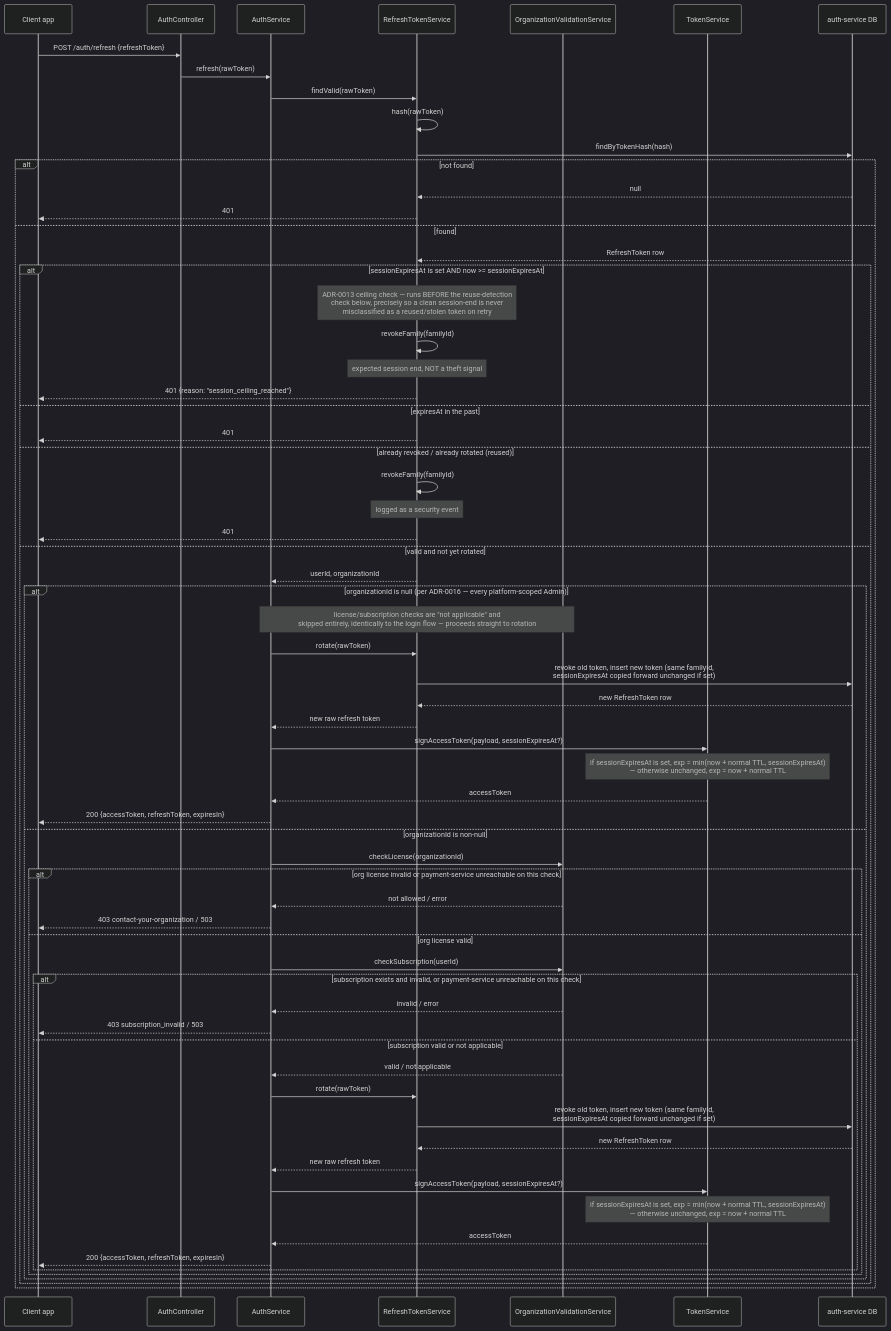
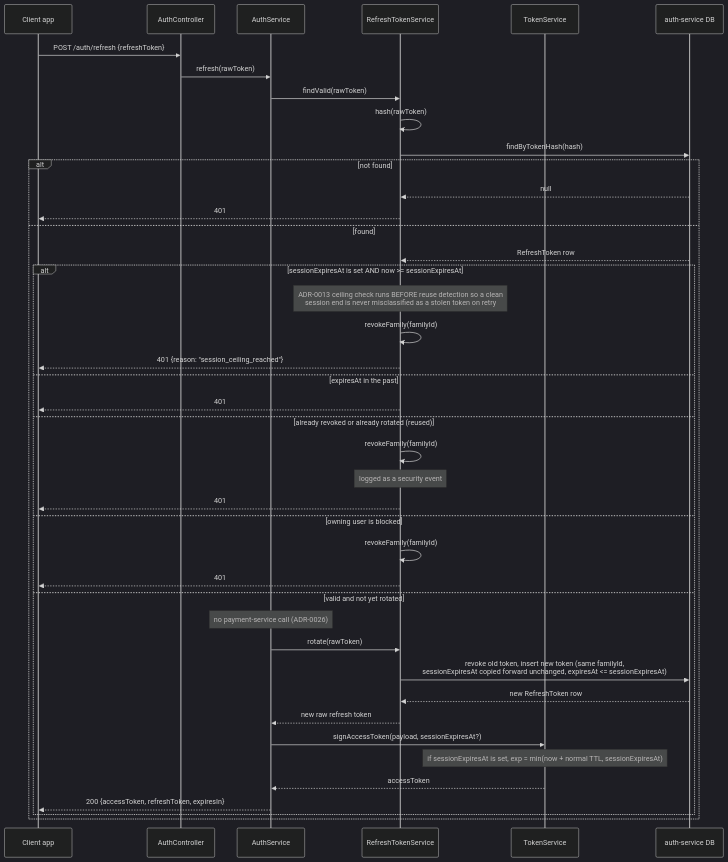
Before and after one commit to nawara-solutions/nawara-core: the ninth of 24 diagrams in docs/sdd/auth-service.md, drawn with Mermaid (dark theme). The commit also changed other lines of this file and 104 other files, not shown here.

````diff
--- a/docs/sdd/auth-service.md
+++ b/docs/sdd/auth-service.md
@@ -1206,69 +2472,45 @@
 ```mermaid
 sequenceDiagram
     participant App as Client app
     participant AC as AuthController
     participant AS as AuthService
     participant RTS as RefreshTokenService
-    participant OVS as OrganizationValidationService
     participant TS as TokenService
     participant DB as auth-service DB
 
     App->>AC: POST /auth/refresh {refreshToken}
     AC->>AS: refresh(rawToken)
     AS->>RTS: findValid(rawToken)
     RTS->>RTS: hash(rawToken)
     RTS->>DB: findByTokenHash(hash)
     alt not found
         DB-->>RTS: null
         RTS-->>App: 401
     else found
         DB-->>RTS: RefreshToken row
         alt sessionExpiresAt is set AND now >= sessionExpiresAt
-            Note over RTS: ADR-0013 ceiling check — runs BEFORE the reuse-detection<br/>check below, precisely so a clean session-end is never<br/>misclassified as a reused/stolen token on retry
+            Note over RTS: ADR-0013 ceiling check runs BEFORE reuse detection so a clean<br/>session end is never misclassified as a stolen token on retry
             RTS->>RTS: revokeFamily(familyId)
-            Note over RTS: expected session end, NOT a theft signal
             RTS-->>App: 401 {reason: "session_ceiling_reached"}
         else expiresAt in the past
             RTS-->>App: 401
-        else already revoked / already rotated (reused)
+        else already revoked or already rotated (reused)
             RTS->>RTS: revokeFamily(familyId)
             Note over RTS: logged as a security event
             RTS-->>App: 401
+        else owning user is blocked
+            RTS->>RTS: revokeFamily(familyId)
+            RTS-->>App: 401
         else valid and not yet rotated
-            RTS-->>AS: userId, organizationId
-            alt organizationId is null (per ADR-0016 — every platform-scoped Admin)
-                Note over AS,OVS: license/subscription checks are "not applicable" and<br/>skipped entirely, identically to the login flow — proceeds straight to rotation
-                AS->>RTS: rotate(rawToken)
-                RTS->>DB: revoke old token, insert new token (same familyId,<br/>sessionExpiresAt copied forward unchanged if set)
-                DB-->>RTS: new RefreshToken row
-                RTS-->>AS: new raw refresh token
-                AS->>TS: signAccessToken(payload, sessionExpiresAt?)
-                Note over TS: if sessionExpiresAt is set, exp = min(now + normal TTL, sessionExpiresAt)<br/>— otherwise unchanged, exp = now + normal TTL
-                TS-->>AS: accessToken
-                AS-->>App: 200 {accessToken, refreshToken, expiresIn}
-            else organizationId is non-null
-                AS->>OVS: checkLicense(organizationId)
-                alt org license invalid or payment-service unreachable on this check
-                    OVS-->>AS: not allowed / error
-                    AS-->>App: 403 contact-your-organization / 503
-                else org license valid
-                    AS->>OVS: checkSubscription(userId)
-                    alt subscription exists and invalid, or payment-service unreachable on this check
-                        OVS-->>AS: invalid / error
-                        AS-->>App: 403 subscription_invalid / 503
-                    else subscription valid or not applicable
-                        OVS-->>AS: valid / not applicable
-                        AS->>RTS: rotate(rawToken)
-                        RTS->>DB: revoke old token, insert new token (same familyId,<br/>sessionExpiresAt copied forward unchanged if set)
-                        DB-->>RTS: new RefreshToken row
-                        RTS-->>AS: new raw refresh token
-                        AS->>TS: signAccessToken(payload, sessionExpiresAt?)
-                        Note over TS: if sessionExpiresAt is set, exp = min(now + normal TTL, sessionExpiresAt)<br/>— otherwise unchanged, exp = now + normal TTL
-                        TS-->>AS: accessToken
-                        AS-->>App: 200 {accessToken, refreshToken, expiresIn}
-                    end
-                end
-            end
+            Note over AS: no payment-service call (ADR-0026)
+            AS->>RTS: rotate(rawToken)
+            RTS->>DB: revoke old token, insert new token (same familyId,<br/>sessionExpiresAt copied forward unchanged, expiresAt <= sessionExpiresAt)
+            DB-->>RTS: new RefreshToken row
+            RTS-->>AS: new raw refresh token
+            AS->>TS: signAccessToken(payload, sessionExpiresAt?)
+            Note over TS: if sessionExpiresAt is set, exp = min(now + normal TTL, sessionExpiresAt)
+            TS-->>AS: accessToken
+            AS-->>App: 200 {accessToken, refreshToken, expiresIn}
         end
     end
 ```
````
